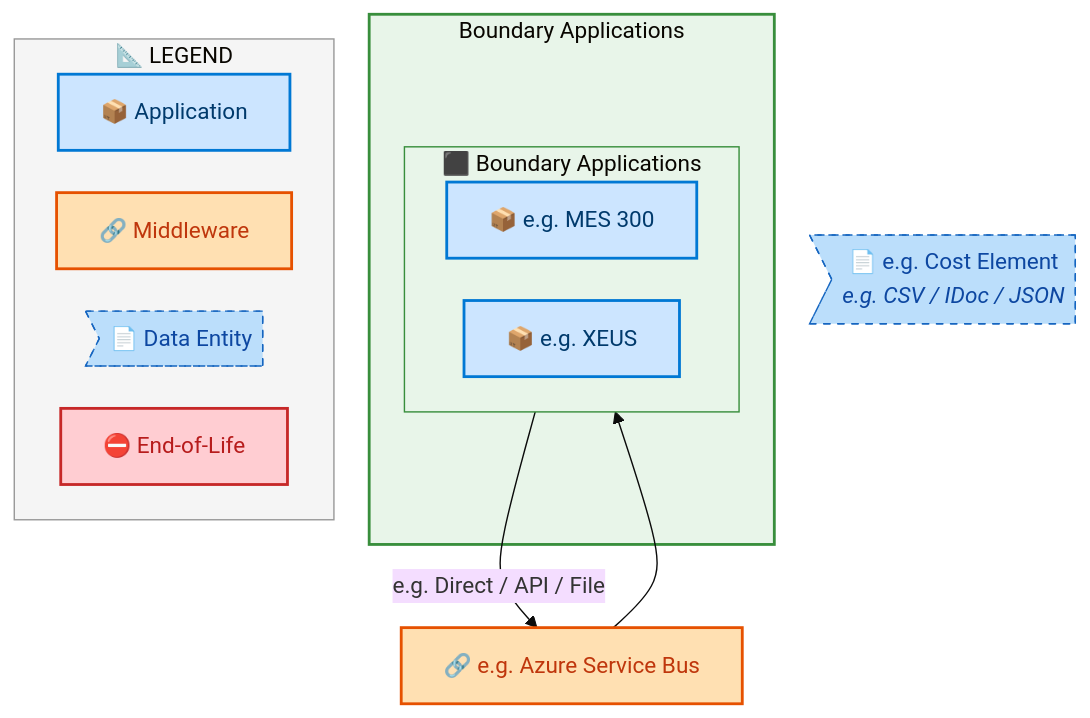
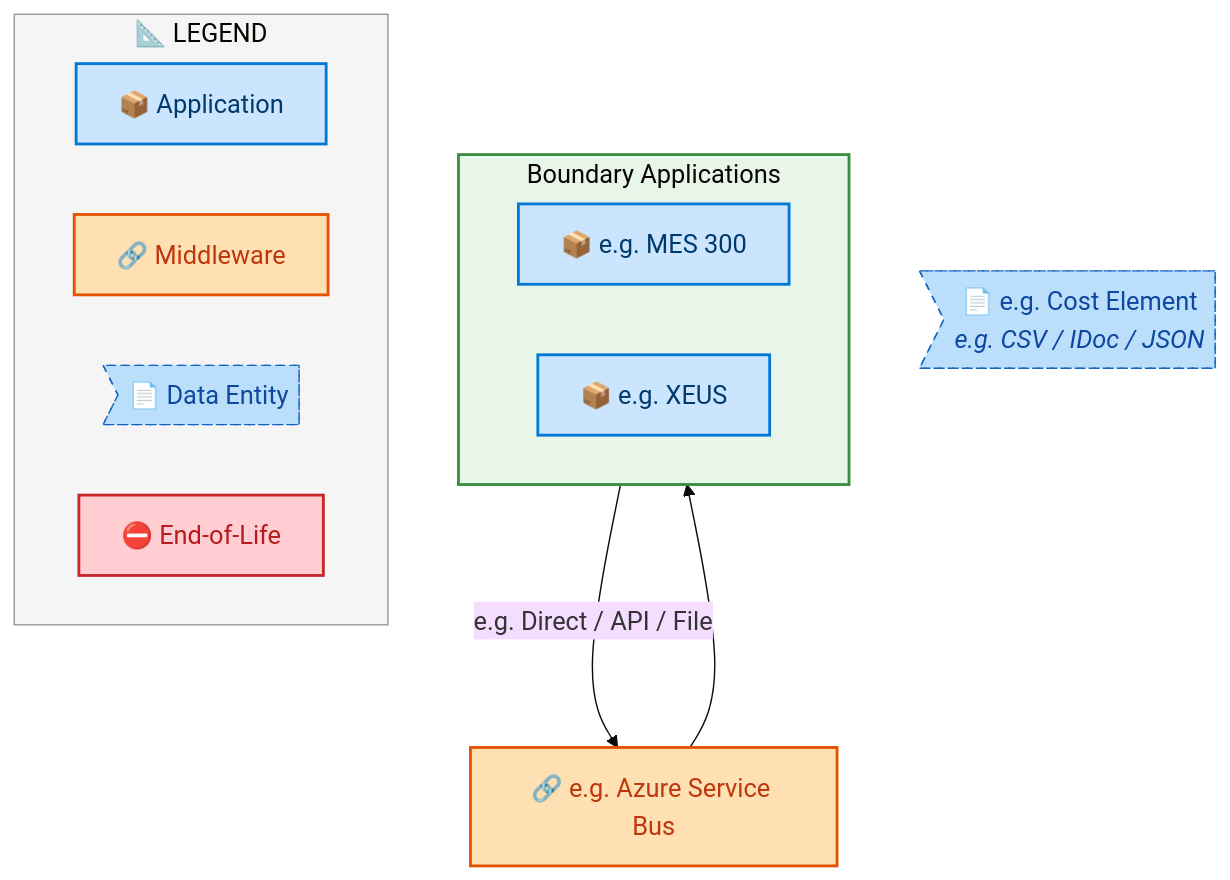
The fifth of 7 diagrams in towers/E2E/Master Data/E2E-91/output/docs/systems-architecture/E2E-91-Architecture.md (sajivfrancis777/IAO-Architecture), drawn with Mermaid before and after one commit. The commit also changed other lines of this file and 251 other files, not shown here.

````diff
--- a/towers/E2E/Master Data/E2E-91/output/docs/systems-architecture/E2E-91-Architecture.md
+++ b/towers/E2E/Master Data/E2E-91/output/docs/systems-architecture/E2E-91-Architecture.md
@@ -511,40 +508,37 @@
 ```mermaid
-%%{init: {"theme": "base", "securityLevel": "loose", "themeVariables": {"fontSize": "16px", "fontFamily": "Segoe UI, Arial, sans-serif"}, "flowchart": {"useMaxWidth": false, "htmlLabels": true, "nodeSpacing": 30, "rankSpacing": 35}} }%%
+%%{init: {"theme": "base", "securityLevel": "loose", "themeVariables": {"fontSize": "18px", "fontFamily": "Segoe UI, Arial, sans-serif"}, "flowchart": {"useMaxWidth": false, "htmlLabels": true, "nodeSpacing": 50, "rankSpacing": 60}} }%%
 flowchart TB
     %% -- ArchiMate 3.2 + Azure style classes --
     classDef business      fill:#FFFFB3,stroke:#F9A825,stroke-width:2px,color:#000
     classDef app           fill:#CCE5FF,stroke:#0078D4,stroke-width:2px,color:#003A6C
     classDef data          fill:#BBDEFB,stroke:#1565C0,stroke-width:1px,color:#0D47A1,stroke-dasharray: 5 5
     classDef middleware    fill:#FFE0B2,stroke:#E65100,stroke-width:2px,color:#BF360C
     classDef eol           fill:#FFCDD2,stroke:#C62828,stroke-width:2px,color:#B71C1C
     classDef saas          fill:#E1BEE7,stroke:#7B1FA2,stroke-width:2px,color:#4A148C
     classDef cloud         fill:#BBDEFB,stroke:#1565C0,stroke-width:2px,color:#0D47A1
     classDef onprem        fill:#C8E6C9,stroke:#2E7D32,stroke-width:2px,color:#1B5E20
 
-    subgraph E2E91FT_Boundary_Applications["Boundary Applications"]
-        subgraph E2E91FLN_Boundary_Applications[" ⬛ Boundary Applications"]
-            direction LR
-            E2E91F_e_g_MES_300["📦 e.g. MES 300"]:::app
-            E2E91F_e_g_XEUS["📦 e.g. XEUS"]:::app
-        end
+    subgraph E2E91FLN_Boundary_Applications[" Boundary Applications"]
+        direction LR
+        E2E91F_e_g_MES_300["📦 e.g. MES 300"]:::app
+        E2E91F_e_g_XEUS["📦 e.g. XEUS"]:::app
     end
 
     E2E91FMW_e_g_Azure_Service_Bus["🔗 e.g. Azure Service Bus"]:::middleware
     E2E91FDE_e_g_Cost_Element>"📄 e.g. Cost Element<br/><i>e.g. CSV / IDoc / JSON</i>"]:::data
 
     E2E91F_e_g_MES_300 -->|"e.g. Direct / API / File"| E2E91FMW_e_g_Azure_Service_Bus
     E2E91FMW_e_g_Azure_Service_Bus --> E2E91F_e_g_XEUS
 
 
-    style E2E91FT_Boundary_Applications fill:#E8F5E9,stroke:#388E3C,stroke-width:2px
-    style E2E91FLN_Boundary_Applications fill:#E8F5E9,stroke:#388E3C,stroke-width:1px
+    style E2E91FLN_Boundary_Applications fill:#E8F5E9,stroke:#388E3C,stroke-width:2px
 
     subgraph Legend["📐 LEGEND"]
         direction LR
         L_APP["📦 Application"]:::app
         L_MW["🔗 Middleware"]:::middleware
         L_DE>"📄 Data Entity"]:::data
         L_EOL["⛔ End-of-Life"]:::eol
     end
     style Legend fill:#F5F5F5,stroke:#999,stroke-width:1px
 ```
````
